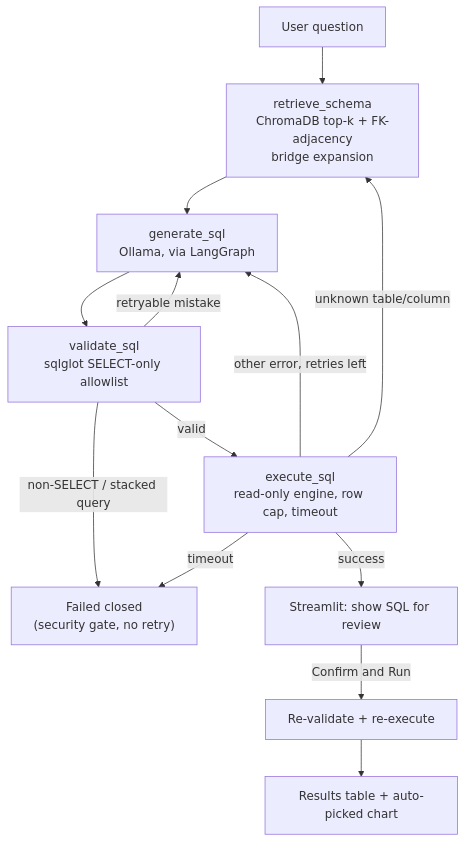
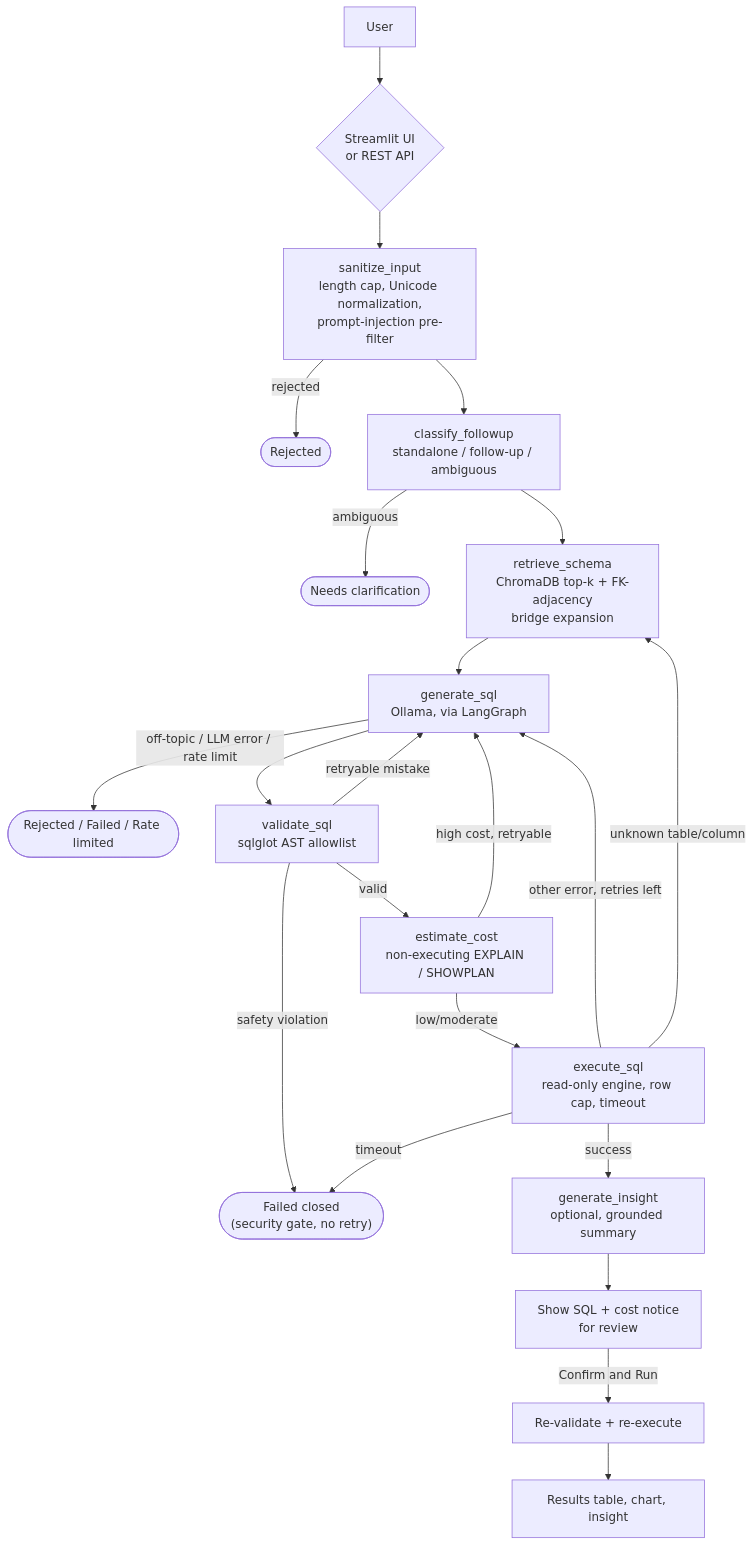
One commit to surajkumarnavodya/text-to-sql-agent-langgraph changed the diagram in README.md. Above: the diagram before and after it, drawn with Mermaid. The commit also changed other lines of this file and 55 other files, not shown here.

````diff
--- a/README.md
+++ b/README.md
@@ -21,15 +21,24 @@
 ```mermaid
 flowchart TD
-    Q[User question] --> RS["retrieve_schema<br/>ChromaDB top-k + FK-adjacency<br/>bridge expansion"]
+    U[User] --> ENTRY{"Streamlit UI<br/>or REST API"}
+    ENTRY --> SI["sanitize_input<br/>length cap, Unicode normalization,<br/>prompt-injection pre-filter"]
+    SI -->|rejected| STOP1(["Rejected"])
+    SI --> CF["classify_followup<br/>standalone / follow-up / ambiguous"]
+    CF -->|ambiguous| STOP2(["Needs clarification"])
+    CF --> RS["retrieve_schema<br/>ChromaDB top-k + FK-adjacency<br/>bridge expansion"]
     RS --> GS["generate_sql<br/>Ollama, via LangGraph"]
-    GS --> VS["validate_sql<br/>sqlglot SELECT-only allowlist"]
+    GS -->|off-topic / LLM error / rate limit| STOP3(["Rejected / Failed / Rate limited"])
+    GS --> VS["validate_sql<br/>sqlglot AST allowlist"]
     VS -->|retryable mistake| GS
-    VS -->|non-SELECT / stacked query| FAIL["Failed closed<br/>(security gate, no retry)"]
-    VS -->|valid| ES["execute_sql<br/>read-only engine, row cap, timeout"]
+    VS -->|safety violation| STOP4(["Failed closed<br/>(security gate, no retry)"])
+    VS -->|valid| CE["estimate_cost<br/>non-executing EXPLAIN / SHOWPLAN"]
+    CE -->|high cost, retryable| GS
+    CE -->|low/moderate| ES["execute_sql<br/>read-only engine, row cap, timeout"]
     ES -->|unknown table/column| RS
     ES -->|other error, retries left| GS
-    ES -->|timeout| FAIL
-    ES -->|success| UI["Streamlit: show SQL for review"]
-    UI -->|Confirm and Run| RUN[Re-validate + re-execute]
-    RUN --> RESULTS[Results table + auto-picked chart]
+    ES -->|timeout| STOP4
+    ES -->|success| GI["generate_insight<br/>optional, grounded summary"]
+    GI --> REVIEW["Show SQL + cost notice<br/>for review"]
+    REVIEW -->|Confirm and Run| RUN[Re-validate + re-execute]
+    RUN --> RESULTS[Results table, chart, insight]
 ```
````
